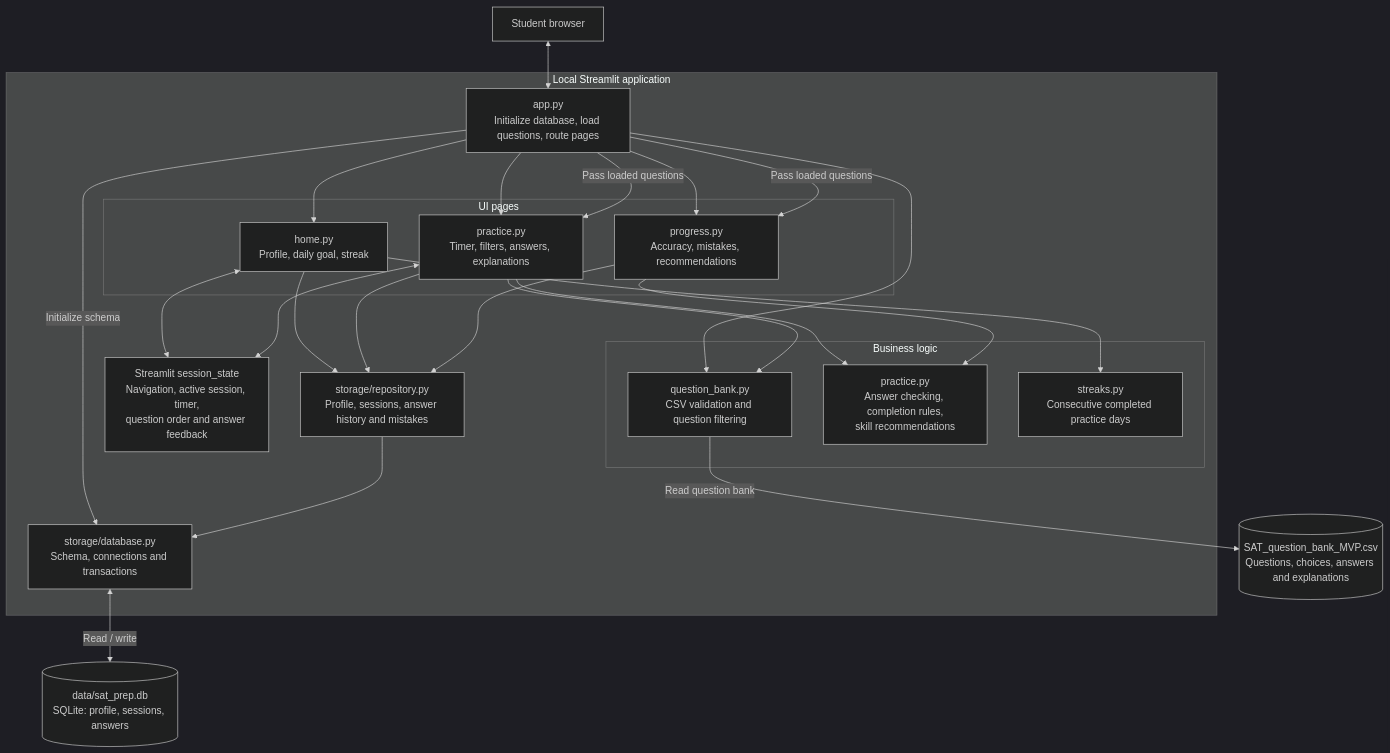
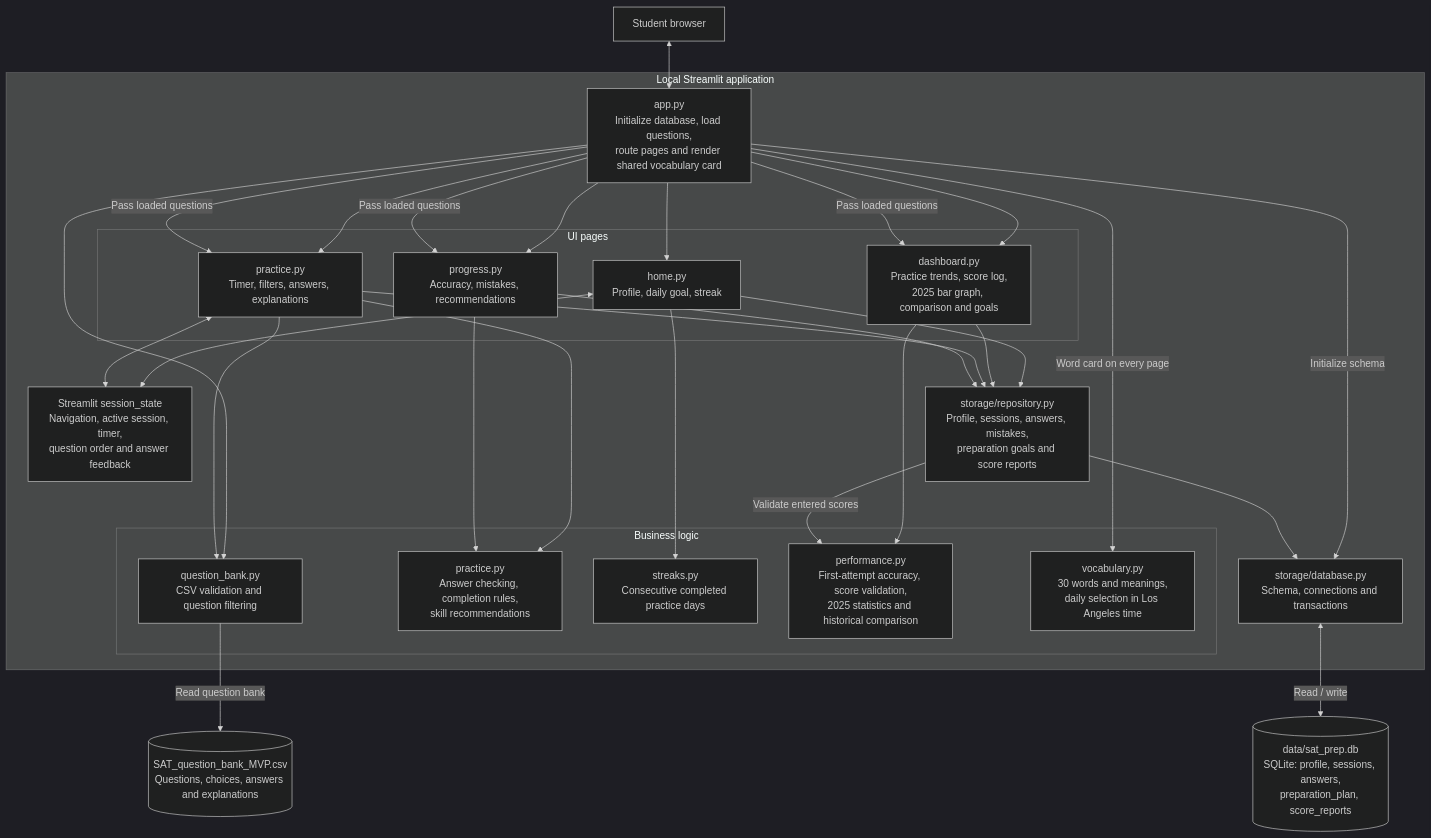
Before and after one commit to kavya3v/SAT_app: the diagram in README.md, drawn with Mermaid (dark theme). The commit also changed other lines of this file and 11 other files, not shown here.

Commit message:
Add performance dashboard, daily vocabulary, and expanded question bank

````diff
--- a/README.md
+++ b/README.md
@@ -9,47 +25,56 @@
 ```mermaid
 flowchart TB
     browser["Student browser"] <--> app
 
     subgraph runtime["Local Streamlit application"]
-        app["app.py<br/>Initialize database, load questions, route pages"]
+        app["app.py<br/>Initialize database, load questions,<br/>route pages and render shared vocabulary card"]
 
         subgraph pages["UI pages"]
             home["home.py<br/>Profile, daily goal, streak"]
+            dashboard["dashboard.py<br/>Practice trends, score log,<br/>2025 bar graph, comparison and goals"]
             practice["practice.py<br/>Timer, filters, answers, explanations"]
             progress["progress.py<br/>Accuracy, mistakes, recommendations"]
         end
 
         subgraph services["Business logic"]
             bank["question_bank.py<br/>CSV validation and question filtering"]
             rules["practice.py<br/>Answer checking, completion rules,<br/>skill recommendations"]
             streaks["streaks.py<br/>Consecutive completed practice days"]
+            performance["performance.py<br/>First-attempt accuracy, score validation,<br/>2025 statistics and historical comparison"]
+            vocabulary["vocabulary.py<br/>30 words and meanings,<br/>daily selection in Los Angeles time"]
         end
 
         state["Streamlit session_state<br/>Navigation, active session, timer,<br/>question order and answer feedback"]
-        repo["storage/repository.py<br/>Profile, sessions, answer history and mistakes"]
+        repo["storage/repository.py<br/>Profile, sessions, answers, mistakes,<br/>preparation goals and score reports"]
         database["storage/database.py<br/>Schema, connections and transactions"]
 
         app --> home
+        app --> dashboard
         app --> practice
         app --> progress
         app --> bank
+        app -->|"Word card on every page"| vocabulary
         app -->|"Initialize schema"| database
         home --> streaks
         home --> repo
+        dashboard --> performance
+        dashboard --> repo
         practice --> bank
         practice --> rules
         practice --> repo
         progress --> rules
         progress --> repo
         home <--> state
         practice <--> state
         app -->|"Pass loaded questions"| practice
         app -->|"Pass loaded questions"| progress
+        app -->|"Pass loaded questions"| dashboard
         repo --> database
+        repo -->|"Validate entered scores"| performance
     end
 
     csv[("SAT_question_bank_MVP.csv<br/>Questions, choices, answers and explanations")]
-    sqlite[("data/sat_prep.db<br/>SQLite: profile, sessions, answers")]
+    sqlite[("data/sat_prep.db<br/>SQLite: profile, sessions, answers,<br/>preparation_plan, score_reports")]
     bank -->|"Read question bank"| csv
     database <-->|"Read / write"| sqlite
 ```
````
